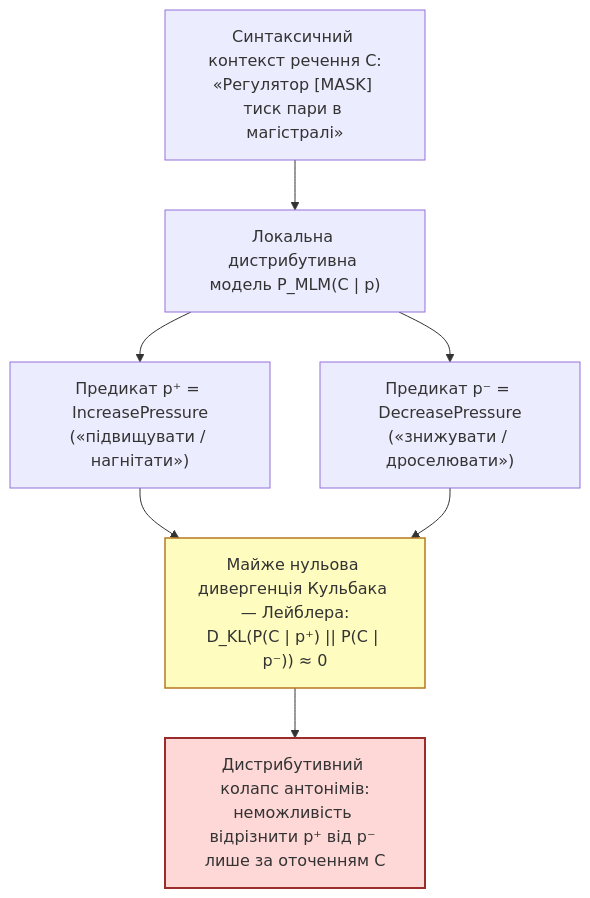
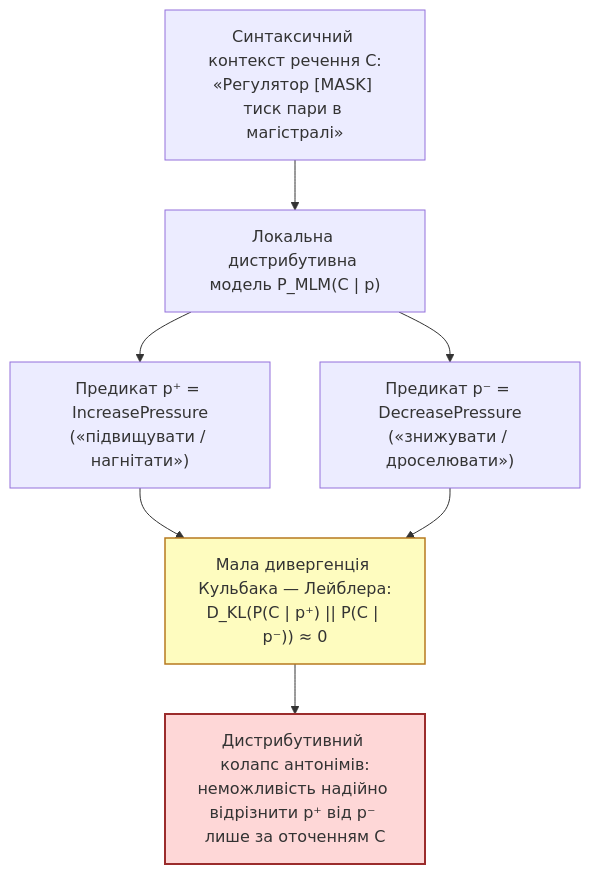
One commit to nick-fedchik/articles changed the diagram in Isolated_Expert_Systems/ch05-open-scientific-problems-and-research-hypotheses.md. Above: the diagram before and after it, drawn with Mermaid. The commit also changed other lines of this file and 7 other files, not shown here.

````diff
--- a/Isolated_Expert_Systems/ch05-open-scientific-problems-and-research-hypotheses.md
+++ b/Isolated_Expert_Systems/ch05-open-scientific-problems-and-research-hypotheses.md
@@ -32,13 +32,13 @@
 ```mermaid
 flowchart TD
     Ctx["Синтаксичний контекст речення C:<br/>«Регулятор [MASK] тиск пари в магістралі»"] --> Dist["Локальна дистрибутивна модель P_MLM(C | p)"]
     Dist --> Pos["Предикат p⁺ = IncreasePressure<br/>(«підвищувати / нагнітати»)"]
     Dist --> Neg["Предикат p⁻ = DecreasePressure<br/>(«знижувати / дроселювати»)"]
 
-    Pos --> Overlap["Майже нульова дивергенція Кульбака — Лейблера:<br/>D_KL(P(C | p⁺) || P(C | p⁻)) ≈ 0"]
+    Pos --> Overlap["Мала дивергенція Кульбака — Лейблера:<br/>D_KL(P(C | p⁺) || P(C | p⁻)) ≈ 0"]
     Neg --> Overlap
-    Overlap --> Collapse["Дистрибутивний колапс антонімів:<br/>неможливість відрізнити p⁺ від p⁻ лише за оточенням C"]
+    Overlap --> Collapse["Дистрибутивний колапс антонімів:<br/>неможливість надійно відрізнити p⁺ від p⁻ лише за оточенням C"]
 
     style Overlap fill:#fefcbf,stroke:#b7791f,stroke-width:1.5px
     style Collapse fill:#fed7d7,stroke:#9b2c2c,stroke-width:2px
 ```
````
